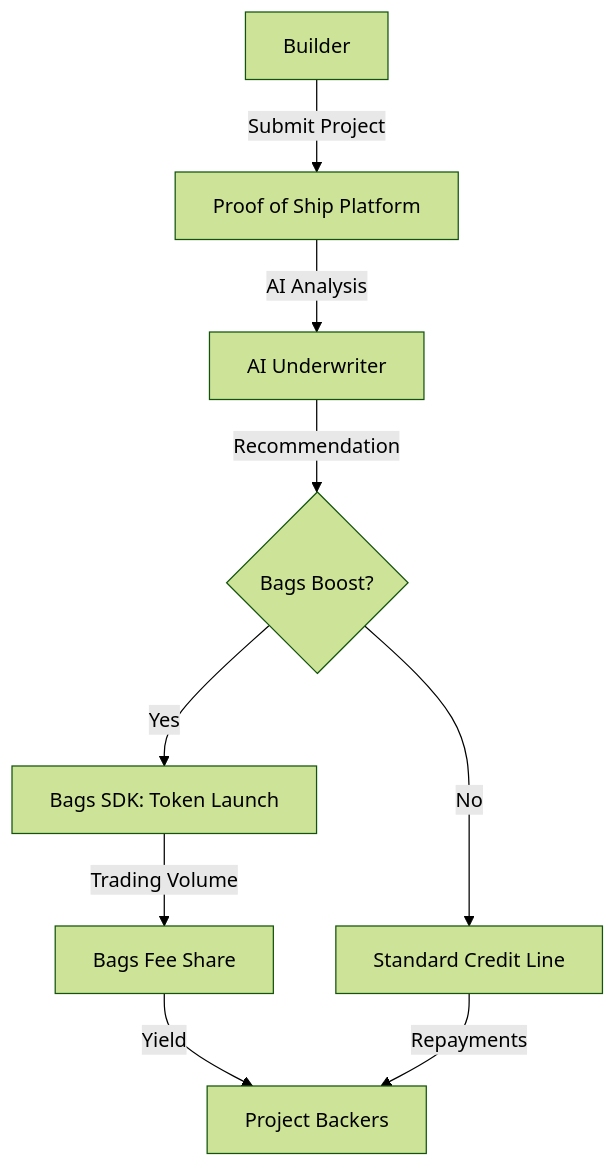
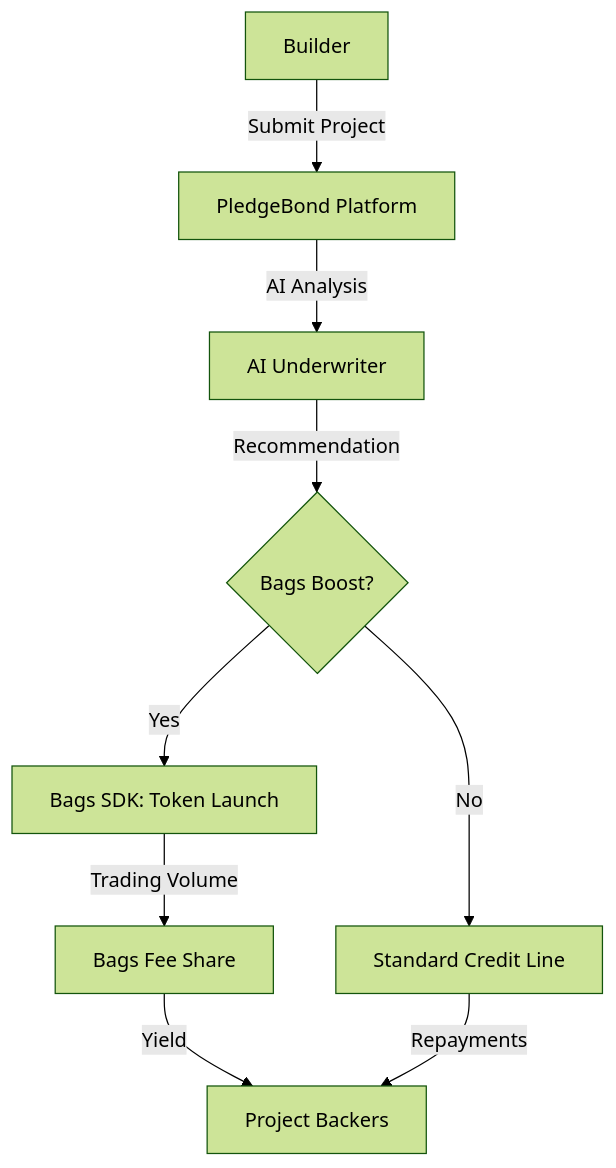
The diagram in docs/BAGS_SOLANA.md (thisyearnofear/proof-of-ship), drawn with Mermaid (forest theme) before and after one commit. The commit also changed other lines of this file and 130 other files, not shown here.

First line of the commit message:
rebrand: rename project to PledgeBond

````diff
--- a/docs/BAGS_SOLANA.md
+++ b/docs/BAGS_SOLANA.md
@@ -101,11 +101,11 @@
 ```mermaid
 graph TD
-    A[Builder] -->|Submit Project| B[Proof of Ship Platform]
+    A[Builder] -->|Submit Project| B[PledgeBond Platform]
     B -->|AI Analysis| C[AI Underwriter]
     C -->|Recommendation| D{Bags Boost?}
     D -->|Yes| E[Bags SDK: Token Launch]
     D -->|No| F[Standard Credit Line]
     E -->|Trading Volume| G[Bags Fee Share]
     G -->|Yield| H[Project Backers]
     F -->|Repayments| H
 ```
````
